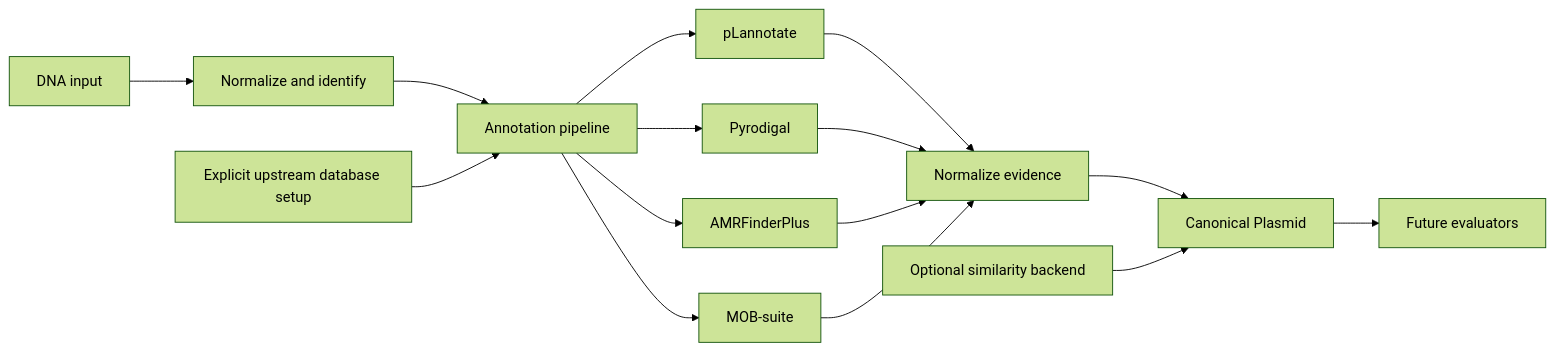
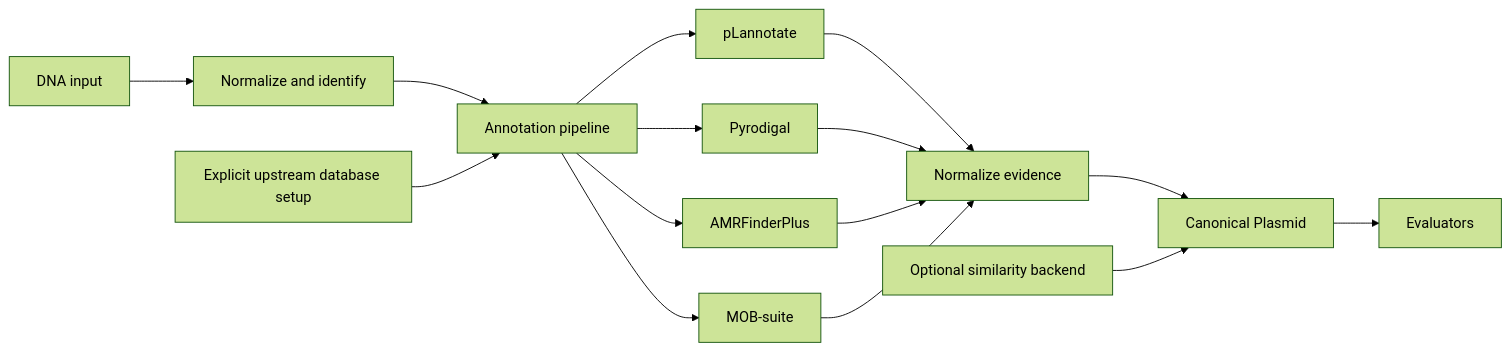
One commit to McClain-Thiel/PlasmidOracle changed the diagram in docs/design.md. Above: the diagram before and after it, drawn with Mermaid (forest theme). The commit also changed other lines of this file and 39 other files, not shown here.

````diff
--- a/docs/design.md
+++ b/docs/design.md
@@ -88,17 +93,17 @@
 ```mermaid
 flowchart LR
     Input["DNA input"] --> Normalize["Normalize and identify"]
     Normalize --> Pipeline["Annotation pipeline"]
     Setup["Explicit upstream database setup"] --> Pipeline
     Pipeline --> P1["pLannotate"]
     Pipeline --> P2["Pyrodigal"]
     Pipeline --> P3["AMRFinderPlus"]
     Pipeline --> P4["MOB-suite"]
     P1 --> Resolve["Normalize evidence"]
     P2 --> Resolve
     P3 --> Resolve
     P4 --> Resolve
     Resolve --> Plasmid["Canonical Plasmid"]
-    Plasmid --> Eval["Future evaluators"]
+    Plasmid --> Eval["Evaluators"]
     Compare["Optional similarity backend"] --> Plasmid
 ```
````
